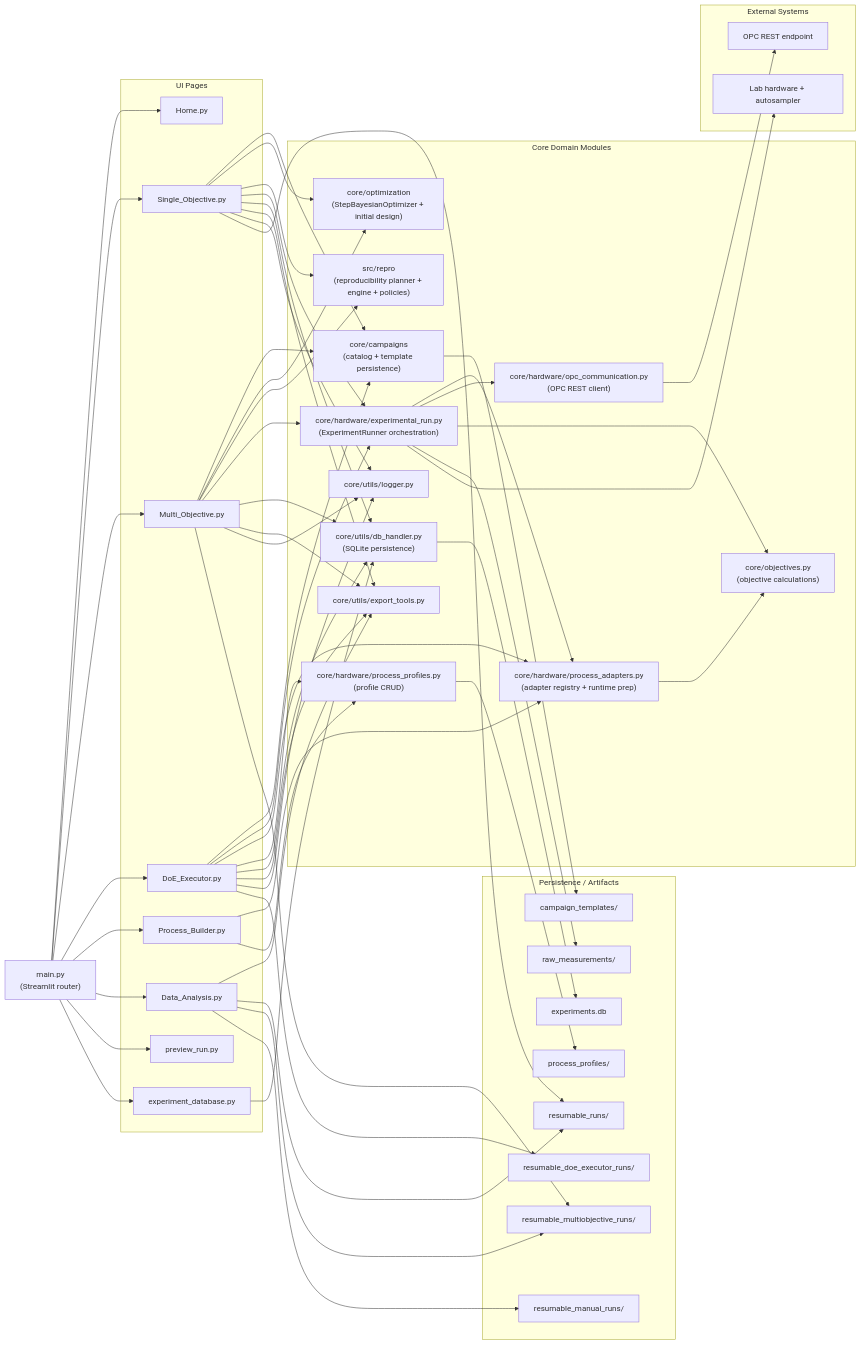
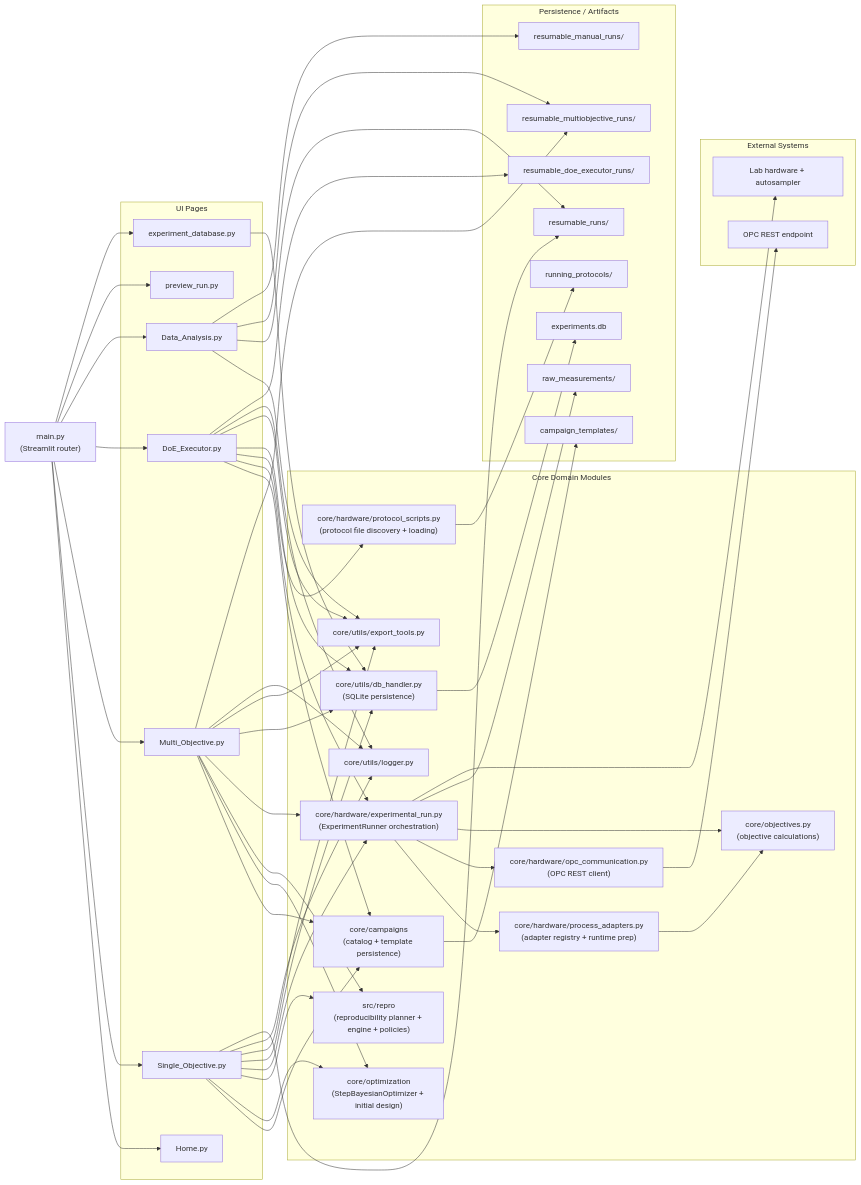
Before and after one commit to Gono-cl/Streamlit_VOL: the diagram in ARCHITECTURE_CURRENT.md, drawn with Mermaid. The commit also changed other lines of this file and 15 other files, not shown here.

Commit message:
Running protocols strategy added

```diff
--- a/ARCHITECTURE_CURRENT.md
+++ b/ARCHITECTURE_CURRENT.md
@@ -11,7 +11,6 @@
         P2["Single_Objective.py"]
         P3["Multi_Objective.py"]
         P4["DoE_Executor.py"]
-        P5["Process_Builder.py"]
         P6["Data_Analysis.py"]
         P7["preview_run.py"]
         P8["experiment_database.py"]
@@ -21,7 +20,6 @@
     A --> P2
     A --> P3
     A --> P4
-    A --> P5
     A --> P6
     A --> P7
     A --> P8
@@ -32,7 +30,7 @@
         C3["src/repro<br/>(reproducibility planner + engine + policies)"]
         C4["core/hardware/experimental_run.py<br/>(ExperimentRunner orchestration)"]
         C5["core/hardware/process_adapters.py<br/>(adapter registry + runtime prep)"]
-        C6["core/hardware/process_profiles.py<br/>(profile CRUD)"]
+        C6["core/hardware/protocol_scripts.py<br/>(protocol file discovery + loading)"]
         C7["core/hardware/opc_communication.py<br/>(OPC REST client)"]
         C8["core/objectives.py<br/>(objective calculations)"]
         C9["core/utils/db_handler.py<br/>(SQLite persistence)"]
@@ -58,14 +56,11 @@
 
     P4 --> C1
     P4 --> C4
-    P4 --> C5
     P4 --> C6
     P4 --> C9
     P4 --> C10
     P4 --> C11
 
-    P5 --> C5
-    P5 --> C6
     P6 --> C10
     P8 --> C9
 
@@ -82,7 +77,7 @@
         D5["resumable_manual_runs/"]
         D6["raw_measurements/"]
         D7["campaign_templates/"]
-        D8["process_profiles/"]
+        D8["running_protocols/"]
     end
 
     C9 --> D1
```
